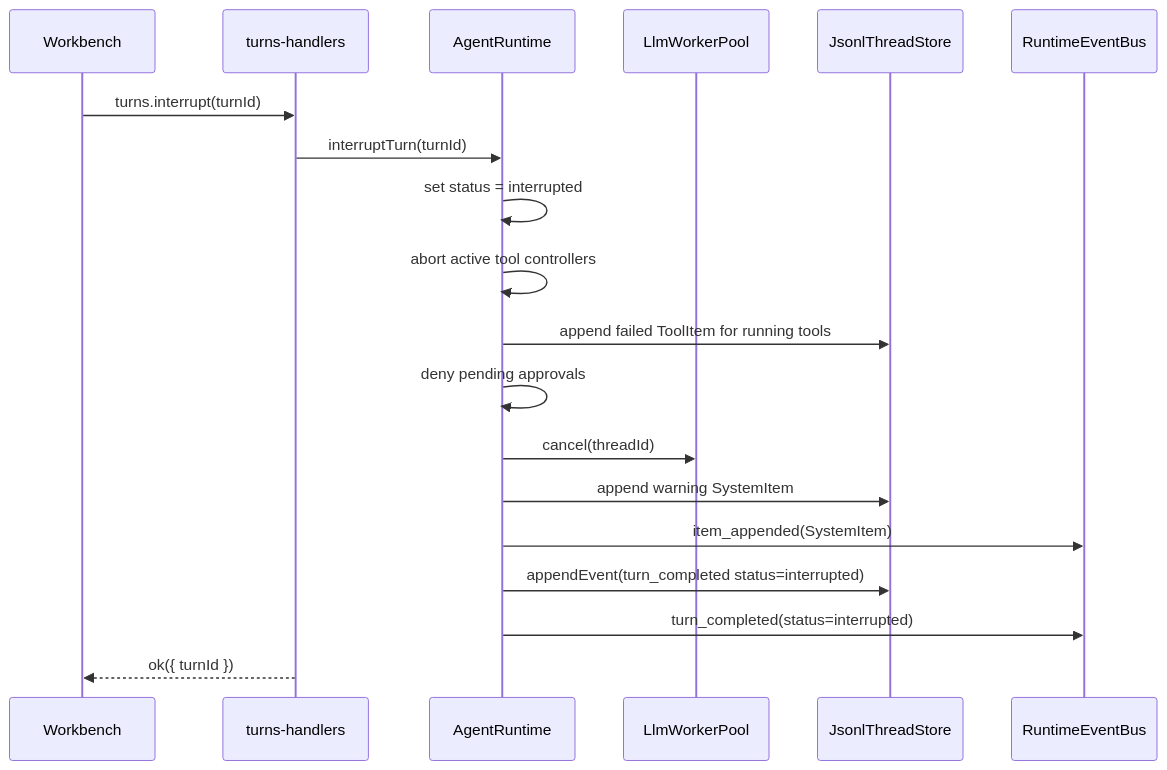
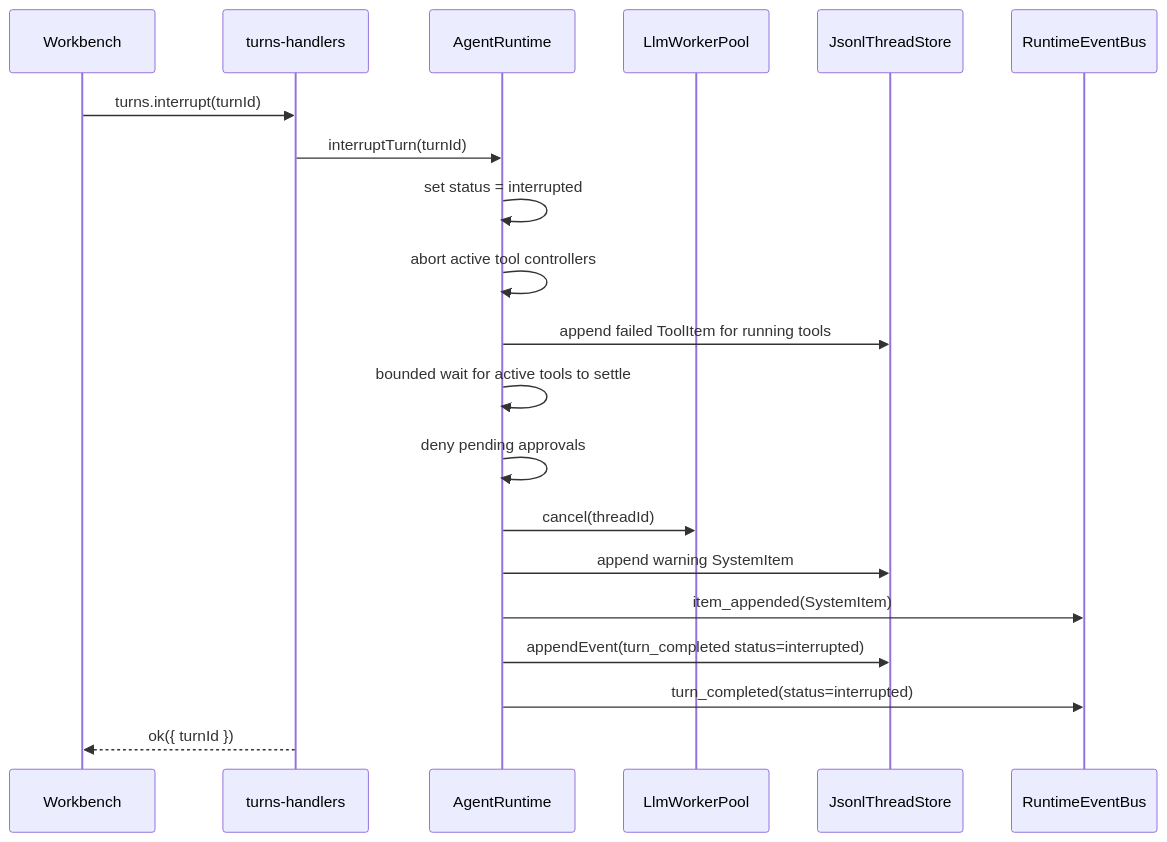
Before and after one commit to dp-sudo/agent-pyramid-desktop: the seventh of 7 diagrams in docs/runtime-flow.md, drawn with Mermaid. The commit also changed other lines of this file and 28 other files, not shown here.

````diff
--- a/docs/runtime-flow.md
+++ b/docs/runtime-flow.md
@@ -339,22 +339,23 @@
 ```mermaid
 sequenceDiagram
   participant UI as Workbench
   participant IPC as turns-handlers
   participant RT as AgentRuntime
   participant Pool as LlmWorkerPool
   participant Store as JsonlThreadStore
   participant Bus as RuntimeEventBus
 
   UI->>IPC: turns.interrupt(turnId)
   IPC->>RT: interruptTurn(turnId)
   RT->>RT: set status = interrupted
   RT->>RT: abort active tool controllers
   RT->>Store: append failed ToolItem for running tools
+  RT->>RT: bounded wait for active tools to settle
   RT->>RT: deny pending approvals
   RT->>Pool: cancel(threadId)
   RT->>Store: append warning SystemItem
   RT->>Bus: item_appended(SystemItem)
   RT->>Store: appendEvent(turn_completed status=interrupted)
   RT->>Bus: turn_completed(status=interrupted)
   IPC-->>UI: ok({ turnId })
 ```
````
